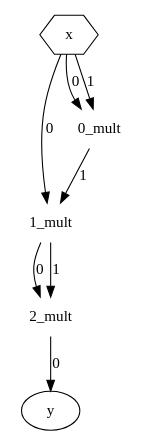
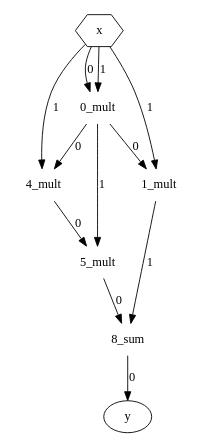
Before and after one commit to joaoMartinSaquet/pyCGP: the diagram in best.dot, drawn with Graphviz. The commit also changed 3 other files, not shown here.

```diff
--- a/best.dot
+++ b/best.dot
@@ -1,17 +1,24 @@
 digraph cgp {
 	size = "4,4";
 	y [shape=oval];
-	mult_2 -> y [label="0"];
-	mult_2 [label= "2_mult", shape=none];
-	mult_1 -> mult_2 [label="0"];
-	mult_1 [label= "1_mult", shape=none];
-	x [shape=polygon,sides=6];
-	x -> mult_1 [label="0"];
-	mult_0 -> mult_1 [label="1"];
+	sum_8 -> y [label="0"];
+	sum_8 [label= "8_sum", shape=none];
+	mult_5 -> sum_8 [label="0"];
+	mult_5 [label= "5_mult", shape=none];
+	mult_4 -> mult_5 [label="0"];
+	mult_4 [label= "4_mult", shape=none];
+	mult_0 -> mult_4 [label="0"];
 	mult_0 [label= "0_mult", shape=none];
 	x [shape=polygon,sides=6];
 	x -> mult_0 [label="0"];
 	x [shape=polygon,sides=6];
 	x -> mult_0 [label="1"];
-	mult_1 -> mult_2 [label="1"];
+	x [shape=polygon,sides=6];
+	x -> mult_4 [label="1"];
+	mult_0 -> mult_5 [label="1"];
+	mult_1 -> sum_8 [label="1"];
+	mult_1 [label= "1_mult", shape=none];
+	mult_0 -> mult_1 [label="0"];
+	x [shape=polygon,sides=6];
+	x -> mult_1 [label="1"];
 }
```
